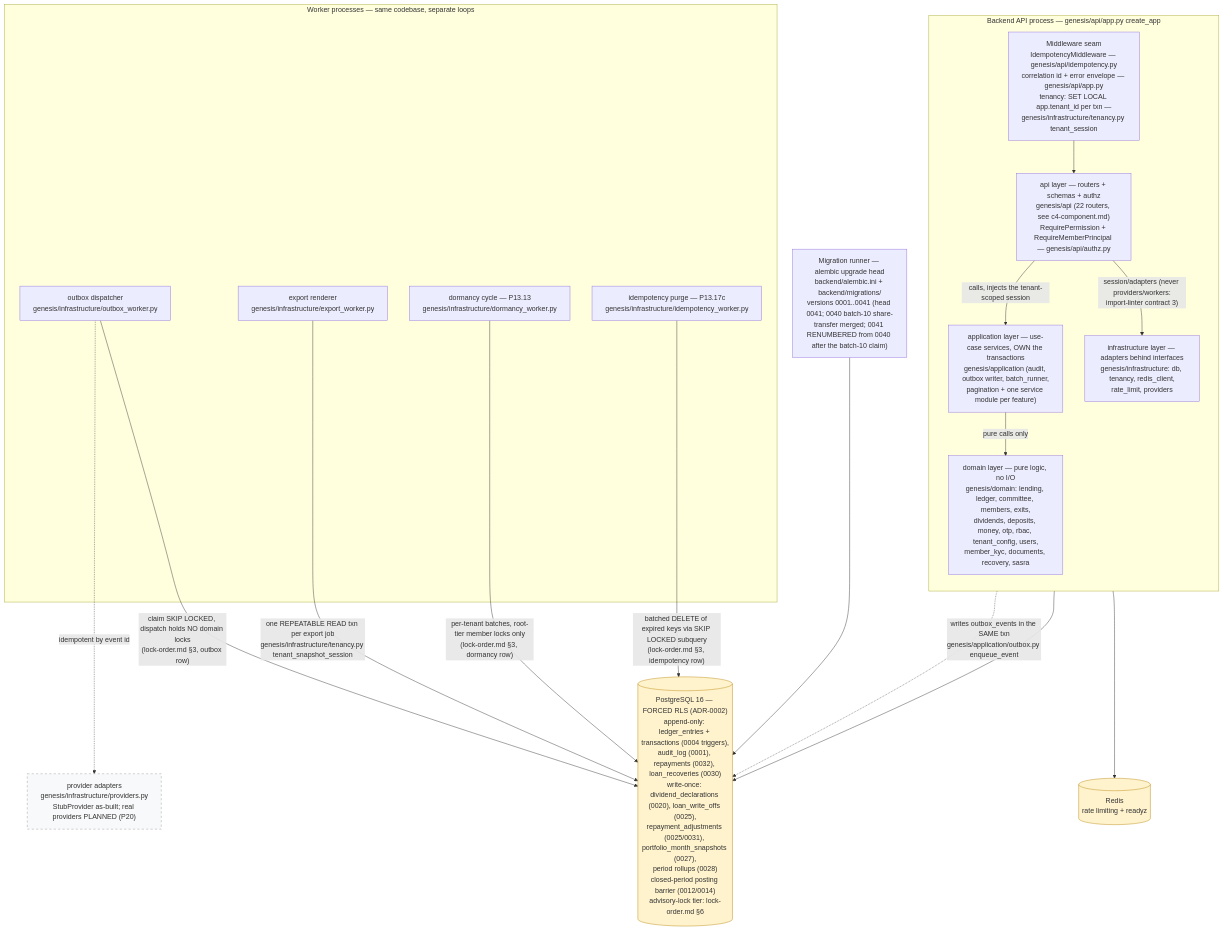
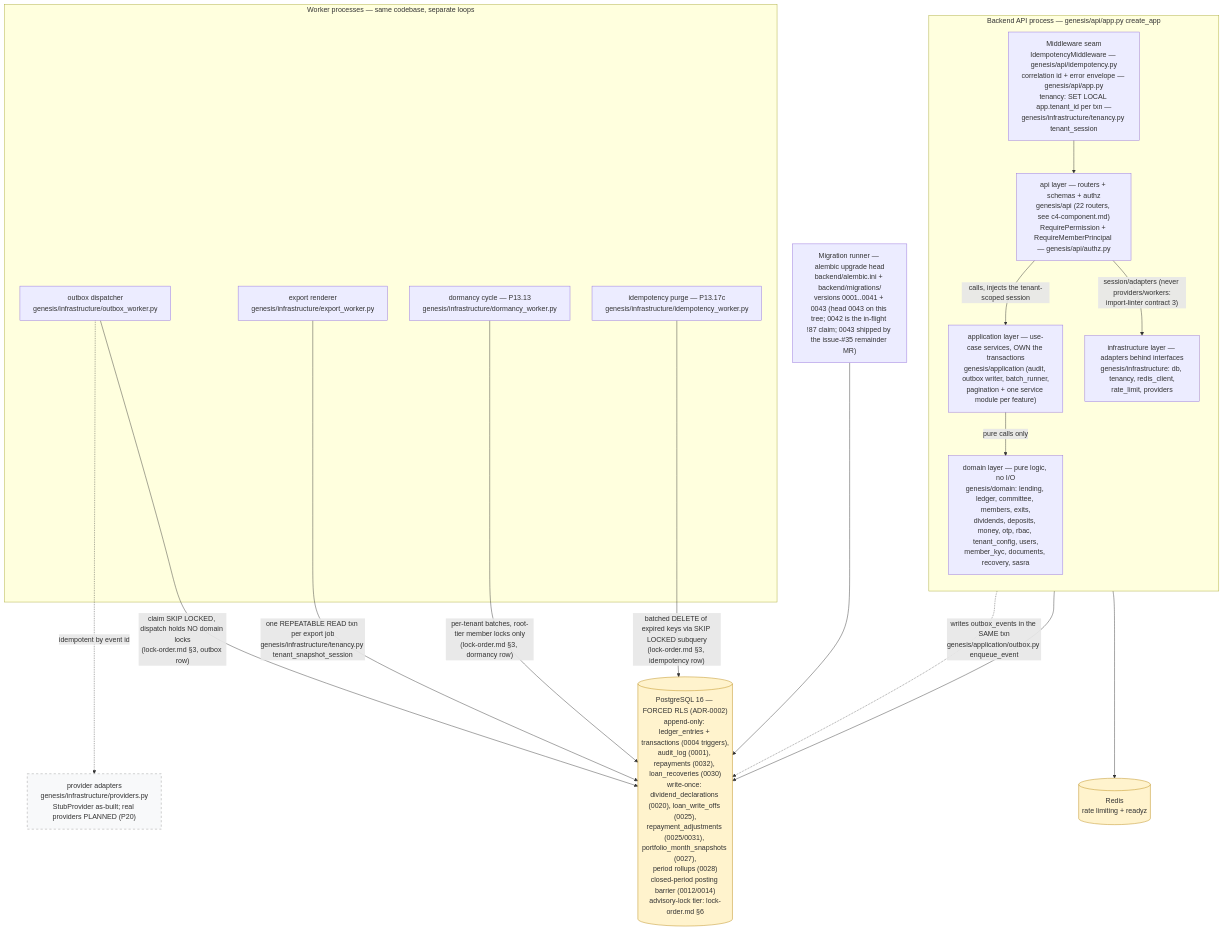
The diagram in docs/diagrams/c4-container.md (Benson-Kim/genesis-sacco), drawn with Mermaid before and after one commit. The commit also changed other lines of this file and 10 other files, not shown here.

````diff
--- a/docs/diagrams/c4-container.md
+++ b/docs/diagrams/c4-container.md
@@ -57,45 +66,45 @@
 ```mermaid
 flowchart TB
     %% Authored against main @ 08541b860f1445b16c342c39b6606d86b9dbeb17
     %% L2 containers — layering per backend/pyproject.toml [tool.importlinter].
 
     subgraph BE["Backend API process — genesis/api/app.py create_app"]
         direction TB
         MW["Middleware seam<br/>IdempotencyMiddleware — genesis/api/idempotency.py<br/>correlation id + error envelope — genesis/api/app.py<br/>tenancy: SET LOCAL app.tenant_id per txn —<br/>genesis/infrastructure/tenancy.py tenant_session"]
         APIL["api layer — routers + schemas + authz<br/>genesis/api (22 routers, see c4-component.md)<br/>RequirePermission + RequireMemberPrincipal — genesis/api/authz.py"]
         APPL["application layer — use-case services, OWN the transactions<br/>genesis/application (audit, outbox writer, batch_runner,<br/>pagination + one service module per feature)"]
         DOM["domain layer — pure logic, no I/O<br/>genesis/domain: lending, ledger, committee, members, exits,<br/>dividends, deposits, money, otp, rbac, tenant_config, users,<br/>member_kyc, documents, recovery, sasra"]
         INF["infrastructure layer — adapters behind interfaces<br/>genesis/infrastructure: db, tenancy, redis_client,<br/>rate_limit, providers"]
         MW --> APIL
         APIL -->|"calls, injects the tenant-scoped session"| APPL
         APPL -->|"pure calls only"| DOM
         APIL -->|"session/adapters (never providers/workers:<br/>import-linter contract 3)"| INF
     end
 
     subgraph WK["Worker processes — same codebase, separate loops"]
         OBW["outbox dispatcher<br/>genesis/infrastructure/outbox_worker.py"]
         EXW["export renderer<br/>genesis/infrastructure/export_worker.py"]
         DMW["dormancy cycle — P13.13<br/>genesis/infrastructure/dormancy_worker.py"]
         IDW["idempotency purge — P13.17c<br/>genesis/infrastructure/idempotency_worker.py"]
     end
 
-    MIG["Migration runner — alembic upgrade head<br/>backend/alembic.ini + backend/migrations/<br/>versions 0001..0041 (head 0041; 0040 batch-10 share-transfer merged; 0041 RENUMBERED from 0040 after the batch-10 claim)"]
+    MIG["Migration runner — alembic upgrade head<br/>backend/alembic.ini + backend/migrations/<br/>versions 0001..0041 + 0043 (head 0043 on this tree; 0042 is the in-flight !87 claim; 0043 shipped by the issue-#35 remainder MR)"]
 
     PG[("PostgreSQL 16 — FORCED RLS (ADR-0002)<br/>append-only: ledger_entries + transactions (0004 triggers),<br/>audit_log (0001), repayments (0032), loan_recoveries (0030)<br/>write-once: dividend_declarations (0020), loan_write_offs (0025),<br/>repayment_adjustments (0025/0031), portfolio_month_snapshots (0027),<br/>period rollups (0028)<br/>closed-period posting barrier (0012/0014)<br/>advisory-lock tier: lock-order.md §6")]
     RD[("Redis<br/>rate limiting + readyz")]
 
     APPL -.->|"writes outbox_events in the SAME txn<br/>genesis/application/outbox.py enqueue_event"| PG
     INF --> PG
     INF --> RD
     OBW -->|"claim SKIP LOCKED, dispatch holds NO domain locks<br/>(lock-order.md §3, outbox row)"| PG
     EXW -->|"one REPEATABLE READ txn per export job<br/>genesis/infrastructure/tenancy.py tenant_snapshot_session"| PG
     DMW -->|"per-tenant batches, root-tier member locks only<br/>(lock-order.md §3, dormancy row)"| PG
     IDW -->|"batched DELETE of expired keys via SKIP LOCKED subquery<br/>(lock-order.md §3, idempotency row)"| PG
     OBW -.->|"idempotent by event id"| PROV["provider adapters<br/>genesis/infrastructure/providers.py<br/>StubProvider as-built; real providers PLANNED (P20)"]
     MIG --> PG
 
     classDef store fill:#fff3cd,stroke:#b8860b;
     class PG,RD store;
     classDef planned fill:#f8f9fa,stroke:#999,stroke-dasharray: 5 5;
     class PROV planned;
 ```
````
